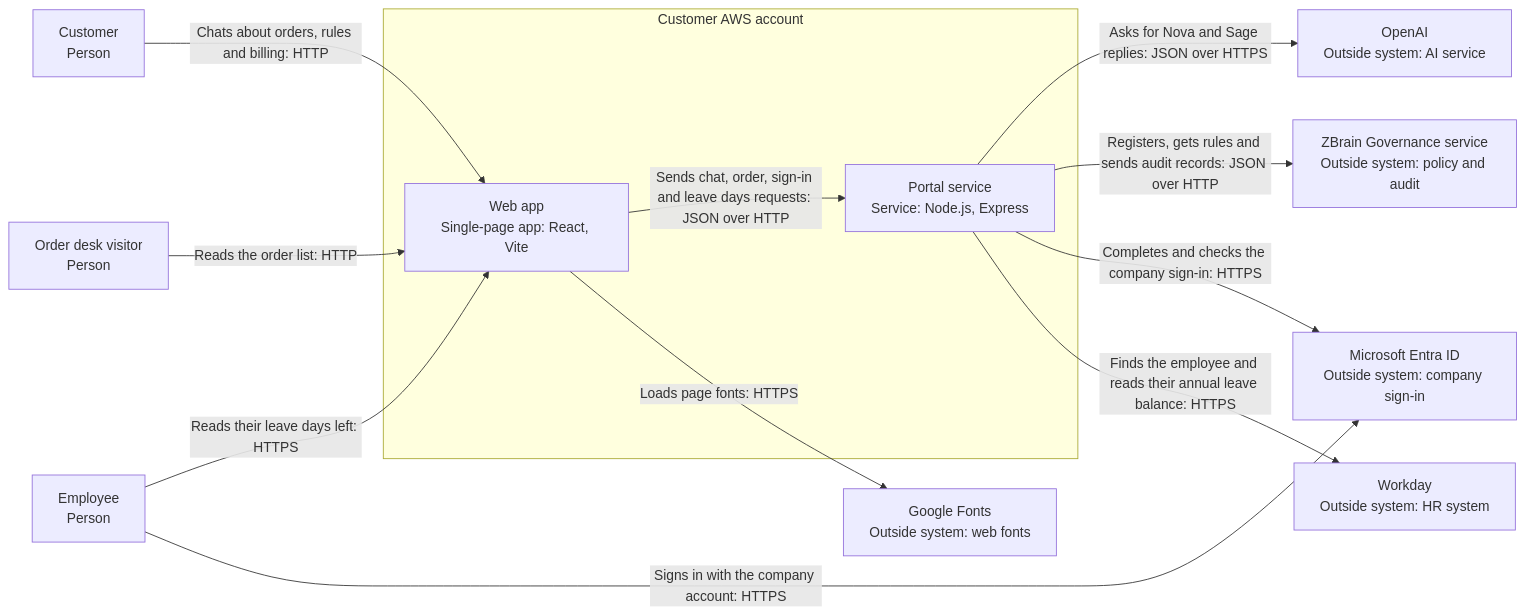
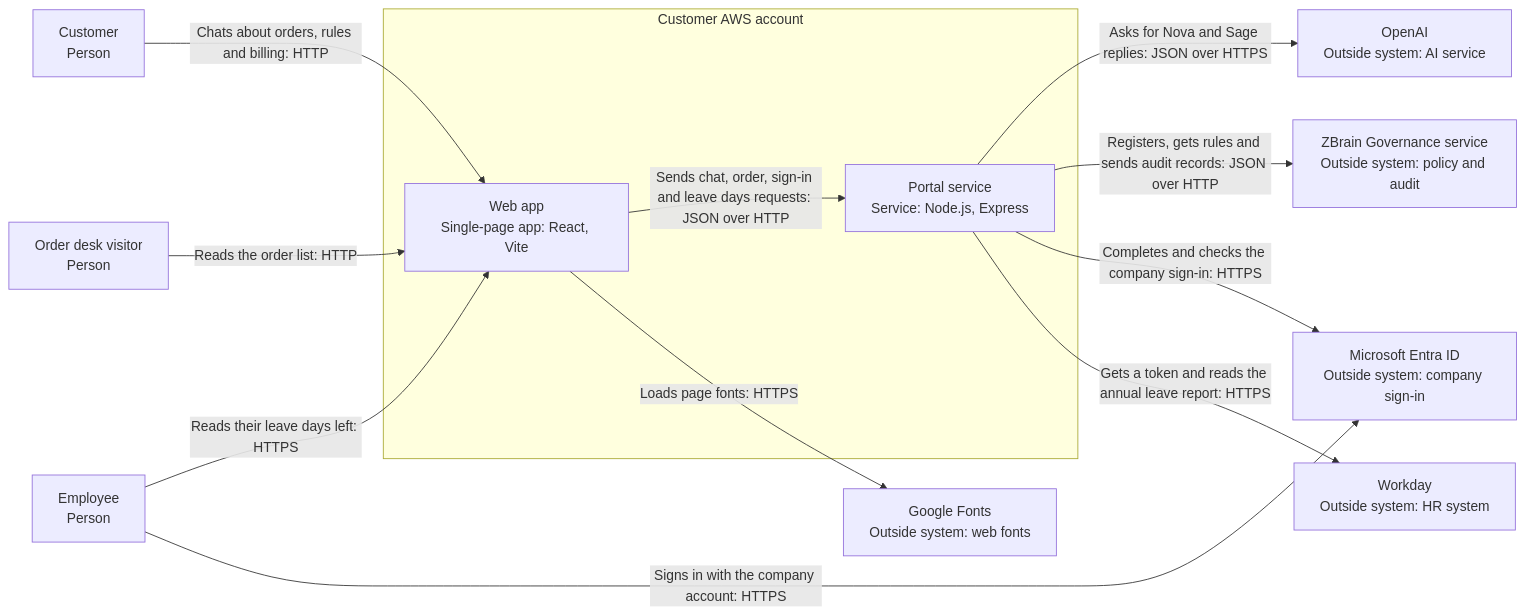
The diagram in zbrain-docs/architecture/architecture-diagram.md (lhtshyamalshah/northstar-support-portal), drawn with Mermaid before and after one commit. The commit also changed 1 other file, not shown here.

Commit message:
docs(architecture): document Workday integration decisions
Session: 5702cca0-dca5-4ae6-8eb6-f13248f9b8f3
Timestamp: 2026-11-27T08:41:17.835Z

````diff
--- a/zbrain-docs/architecture/architecture-diagram.md
+++ b/zbrain-docs/architecture/architecture-diagram.md
@@ -3,25 +3,25 @@
 ```mermaid
 flowchart LR
   customer["Customer<br/>Person"]
   visitor["Order desk visitor<br/>Person"]
   employee["Employee<br/>Person"]
   subgraph aws ["Customer AWS account"]
     web["Web app<br/>Single-page app: React, Vite"]
     api["Portal service<br/>Service: Node.js, Express"]
   end
   openai["OpenAI<br/>Outside system: AI service"]
   gov["ZBrain Governance service<br/>Outside system: policy and audit"]
   entra["Microsoft Entra ID<br/>Outside system: company sign-in"]
   workday["Workday<br/>Outside system: HR system"]
   fonts["Google Fonts<br/>Outside system: web fonts"]
   customer -->|"Chats about orders, rules and billing: HTTP"| web
   visitor -->|"Reads the order list: HTTP"| web
   employee -->|"Reads their leave days left: HTTPS"| web
   employee -->|"Signs in with the company account: HTTPS"| entra
   web -->|"Sends chat, order, sign-in and leave days requests: JSON over HTTP"| api
   web -->|"Loads page fonts: HTTPS"| fonts
   api -->|"Asks for Nova and Sage replies: JSON over HTTPS"| openai
   api -->|"Registers, gets rules and sends audit records: JSON over HTTP"| gov
   api -->|"Completes and checks the company sign-in: HTTPS"| entra
-  api -->|"Finds the employee and reads their annual leave balance: HTTPS"| workday
+  api -->|"Gets a token and reads the annual leave report: HTTPS"| workday
 ```
````
